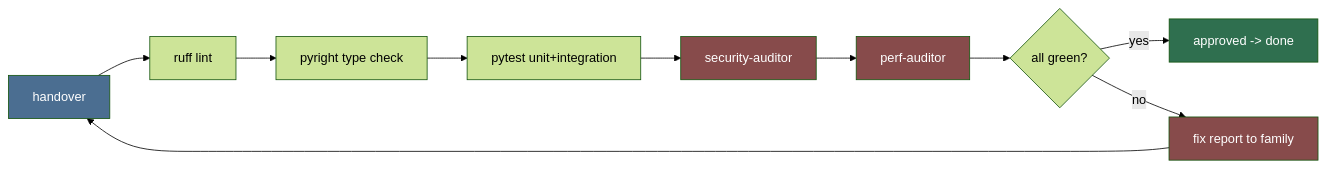
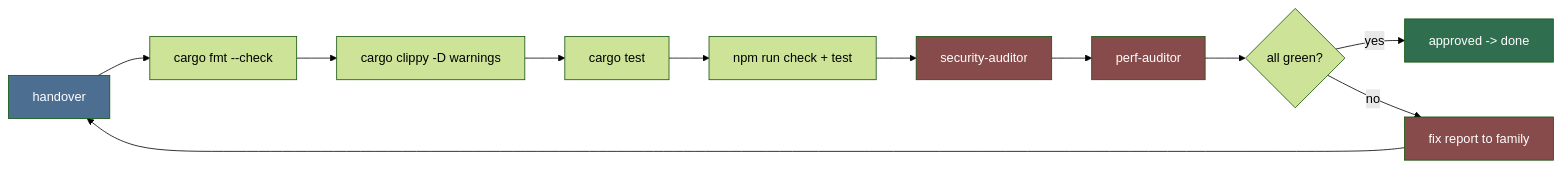
The diagram in .agents/agents/review/review.md (HELIX-Origin/LewdZone-Launcher), drawn with Mermaid (forest theme) before and after one commit. The commit also changed other lines of this file and 217 other files, not shown here.

````diff
--- a/.agents/agents/review/review.md
+++ b/.agents/agents/review/review.md
@@ -16,18 +16,19 @@
 ```mermaid
 flowchart LR
-    A[handover] --> B[ruff lint]
-    B --> C[pyright type check]
-    C --> D[pytest unit+integration]
-    D --> E[security-auditor]
-    E --> F[perf-auditor]
-    F --> G{all green?}
-    G -- yes --> H["approved -> done"]
-    G -- no --> I[fix report to family]
-    I --> A
+    A[handover] --> B["cargo fmt --check"]
+    B --> C["cargo clippy -D warnings"]
+    C --> D["cargo test"]
+    D --> E["npm run check + test"]
+    E --> F[security-auditor]
+    F --> G[perf-auditor]
+    G --> H{all green?}
+    H -- yes --> I["approved -> done"]
+    H -- no --> J[fix report to family]
+    J --> A
 
     style A fill:#4b6e91,color:#fff
-    style E fill:#874b4b,color:#fff
     style F fill:#874b4b,color:#fff
-    style H fill:#2f6f4f,color:#fff
-    style I fill:#874b4b,color:#fff
+    style G fill:#874b4b,color:#fff
+    style I fill:#2f6f4f,color:#fff
+    style J fill:#874b4b,color:#fff
 ```
````
